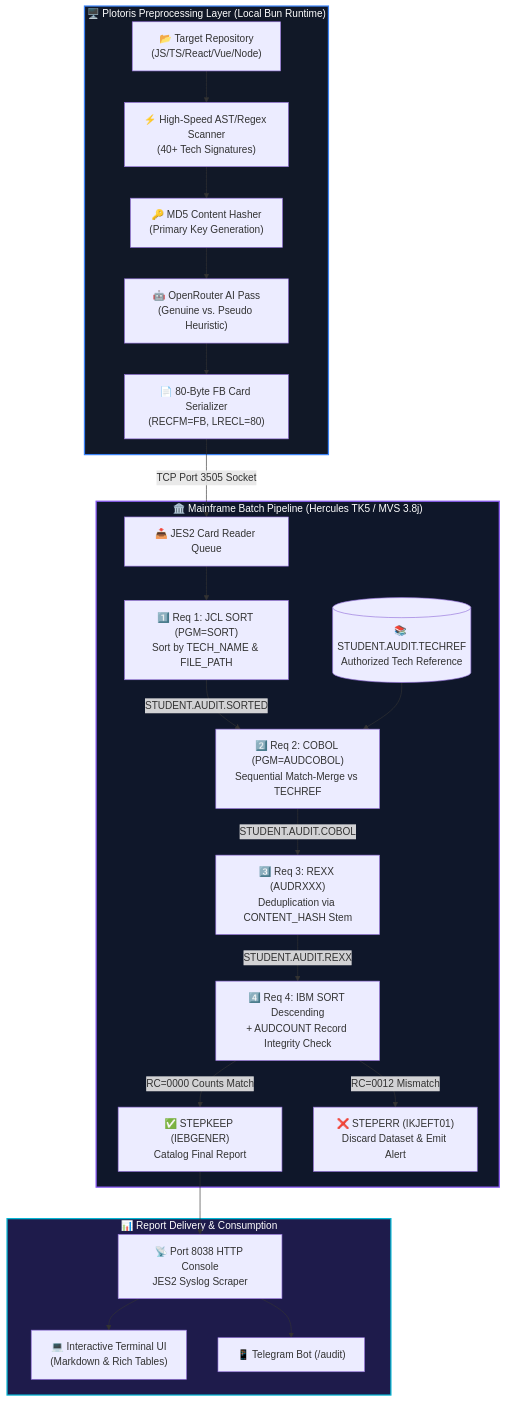
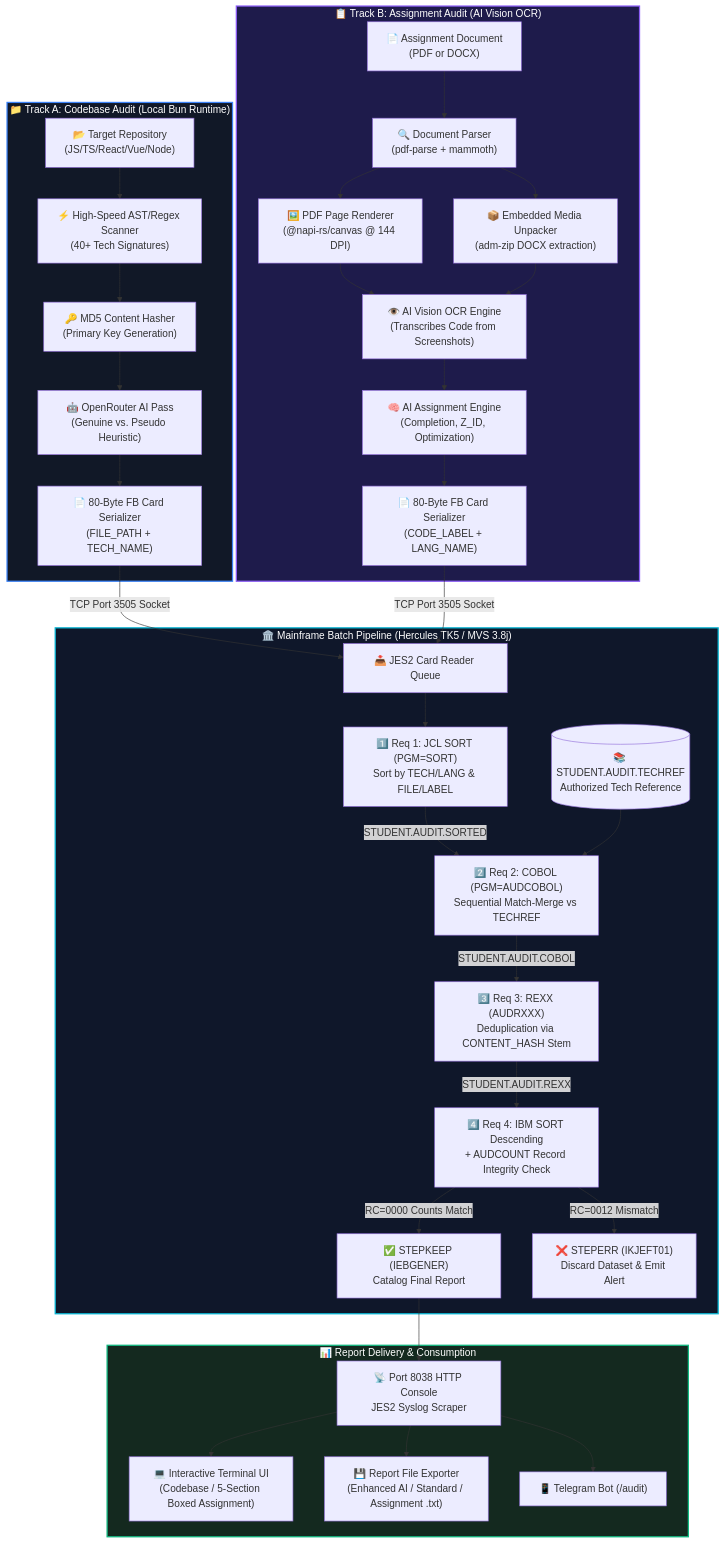
The diagram in README.md (Sarthak-Jadhav-Dev/mainframe_code_analyzer), drawn with Mermaid before and after one commit. The commit also changed other lines of this file and 12 other files, not shown here.

````diff
--- a/README.md
+++ b/README.md
@@ -44,30 +51,43 @@
 ```mermaid
 flowchart TD
-    subgraph Preprocessing ["🖥️ Plotoris Preprocessing Layer (Local Bun Runtime)"]
+    subgraph PreprocessingA ["📁 Track A: Codebase Audit (Local Bun Runtime)"]
         Repo["📂 Target Repository<br/>(JS/TS/React/Vue/Node)"] --> Scanner["⚡ High-Speed AST/Regex Scanner<br/>(40+ Tech Signatures)"]
-        Scanner --> MD5["🔑 MD5 Content Hasher<br/>(Primary Key Generation)"]
-        MD5 --> AI["🤖 OpenRouter AI Pass<br/>(Genuine vs. Pseudo Heuristic)"]
-        AI --> FlatFile["📄 80-Byte FB Card Serializer<br/>(RECFM=FB, LRECL=80)"]
+        Scanner --> MD5_A["🔑 MD5 Content Hasher<br/>(Primary Key Generation)"]
+        MD5_A --> AI_A["🤖 OpenRouter AI Pass<br/>(Genuine vs. Pseudo Heuristic)"]
+        AI_A --> FlatFile_A["📄 80-Byte FB Card Serializer<br/>(FILE_PATH + TECH_NAME)"]
+    end
+
+    subgraph PreprocessingB ["📋 Track B: Assignment Audit (AI Vision OCR)"]
+        Doc["📄 Assignment Document<br/>(PDF or DOCX)"] --> DocParser["🔍 Document Parser<br/>(pdf-parse + mammoth)"]
+        DocParser --> PageRender["🖼️ PDF Page Renderer<br/>(@napi-rs/canvas @ 144 DPI)"]
+        DocParser --> UnpackMedia["📦 Embedded Media Unpacker<br/>(adm-zip DOCX extraction)"]
+        PageRender --> VisionAI["👁️ AI Vision OCR Engine<br/>(Transcribes Code from Screenshots)"]
+        UnpackMedia --> VisionAI
+        VisionAI --> AI_Analysis["🧠 AI Assignment Engine<br/>(Completion, Z_ID, Optimization)"]
+        AI_Analysis --> FlatFile_B["📄 80-Byte FB Card Serializer<br/>(CODE_LABEL + LANG_NAME)"]
     end
 
     subgraph Mainframe ["🏛️ Mainframe Batch Pipeline (Hercules TK5 / MVS 3.8j)"]
-        FlatFile -->|TCP Port 3505 Socket| JES2["📥 JES2 Card Reader Queue"]
-        JES2 --> Step1["1️⃣ Req 1: JCL SORT (PGM=SORT)<br/>Sort by TECH_NAME & FILE_PATH"]
+        FlatFile_A -->|TCP Port 3505 Socket| JES2["📥 JES2 Card Reader Queue"]
+        FlatFile_B -->|TCP Port 3505 Socket| JES2
+        JES2 --> Step1["1️⃣ Req 1: JCL SORT (PGM=SORT)<br/>Sort by TECH/LANG & FILE/LABEL"]
         Step1 -->|STUDENT.AUDIT.SORTED| Step2["2️⃣ Req 2: COBOL (PGM=AUDCOBOL)<br/>Sequential Match-Merge vs TECHREF"]
         TechRef[("📚 STUDENT.AUDIT.TECHREF<br/>Authorized Tech Reference")] --> Step2
         Step2 -->|STUDENT.AUDIT.COBOL| Step3["3️⃣ Req 3: REXX (AUDRXXX)<br/>Deduplication via CONTENT_HASH Stem"]
         Step3 -->|STUDENT.AUDIT.REXX| Step4["4️⃣ Req 4: IBM SORT Descending<br/>+ AUDCOUNT Record Integrity Check"]
         Step4 -->|RC=0000 Counts Match| Keep["✅ STEPKEEP (IEBGENER)<br/>Catalog Final Report"]
         Step4 -->|RC=0012 Mismatch| Err["❌ STEPERR (IKJEFT01)<br/>Discard Dataset & Emit Alert"]
     end
 
     subgraph Ingestion ["📊 Report Delivery & Consumption"]
         Keep --> Syslog["📡 Port 8038 HTTP Console<br/>JES2 Syslog Scraper"]
-        Syslog --> Term["💻 Interactive Terminal UI<br/>(Markdown & Rich Tables)"]
+        Syslog --> Term["💻 Interactive Terminal UI<br/>(Codebase / 5-Section Boxed Assignment)"]
+        Syslog --> Export["💾 Report File Exporter<br/>(Enhanced AI / Standard / Assignment .txt)"]
         Syslog --> TG["📱 Telegram Bot (/audit)"]
     end
 
-    style Preprocessing fill:#111827,stroke:#3b82f6,stroke-width:2px,color:#fff
-    style Mainframe fill:#0f172a,stroke:#8b5cf6,stroke-width:2px,color:#fff
-    style Ingestion fill:#1e1b4b,stroke:#06b6d4,stroke-width:2px,color:#fff
+    style PreprocessingA fill:#111827,stroke:#3b82f6,stroke-width:2px,color:#fff
+    style PreprocessingB fill:#1e1b4b,stroke:#8b5cf6,stroke-width:2px,color:#fff
+    style Mainframe fill:#0f172a,stroke:#06b6d4,stroke-width:2px,color:#fff
+    style Ingestion fill:#14291f,stroke:#10b981,stroke-width:2px,color:#fff
 ```
````
